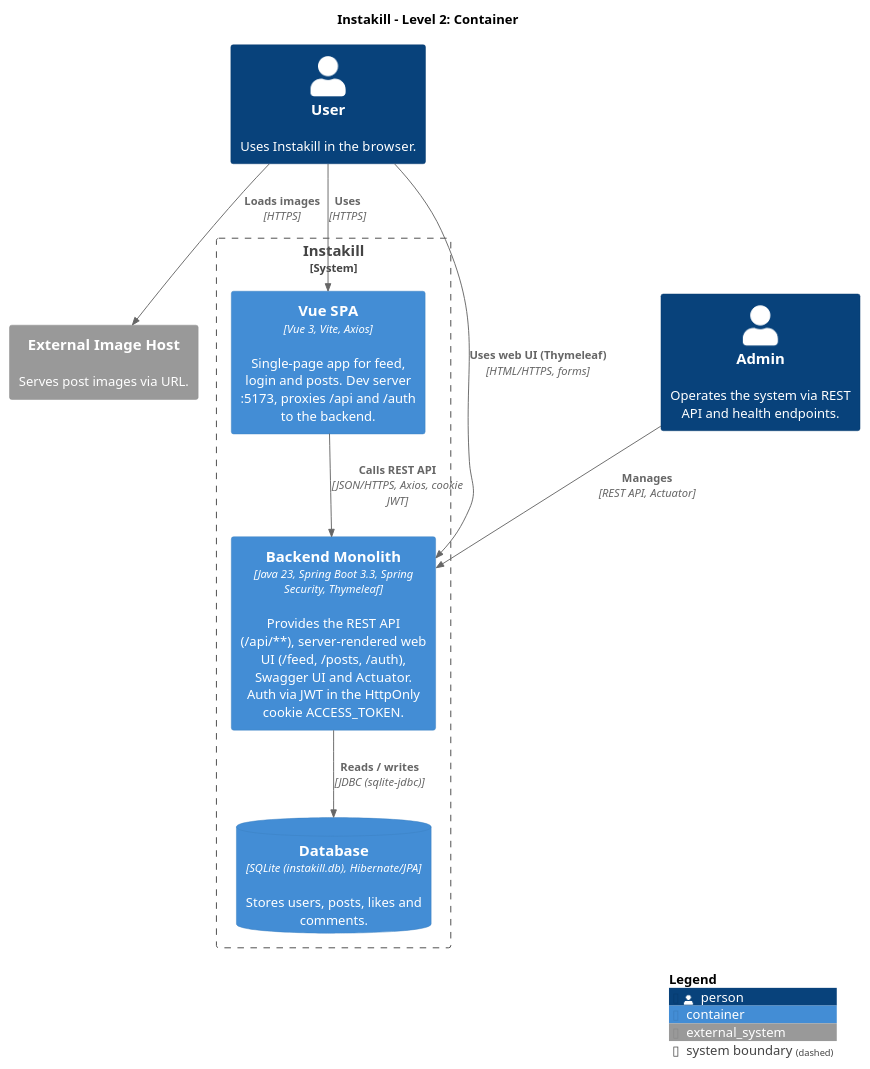
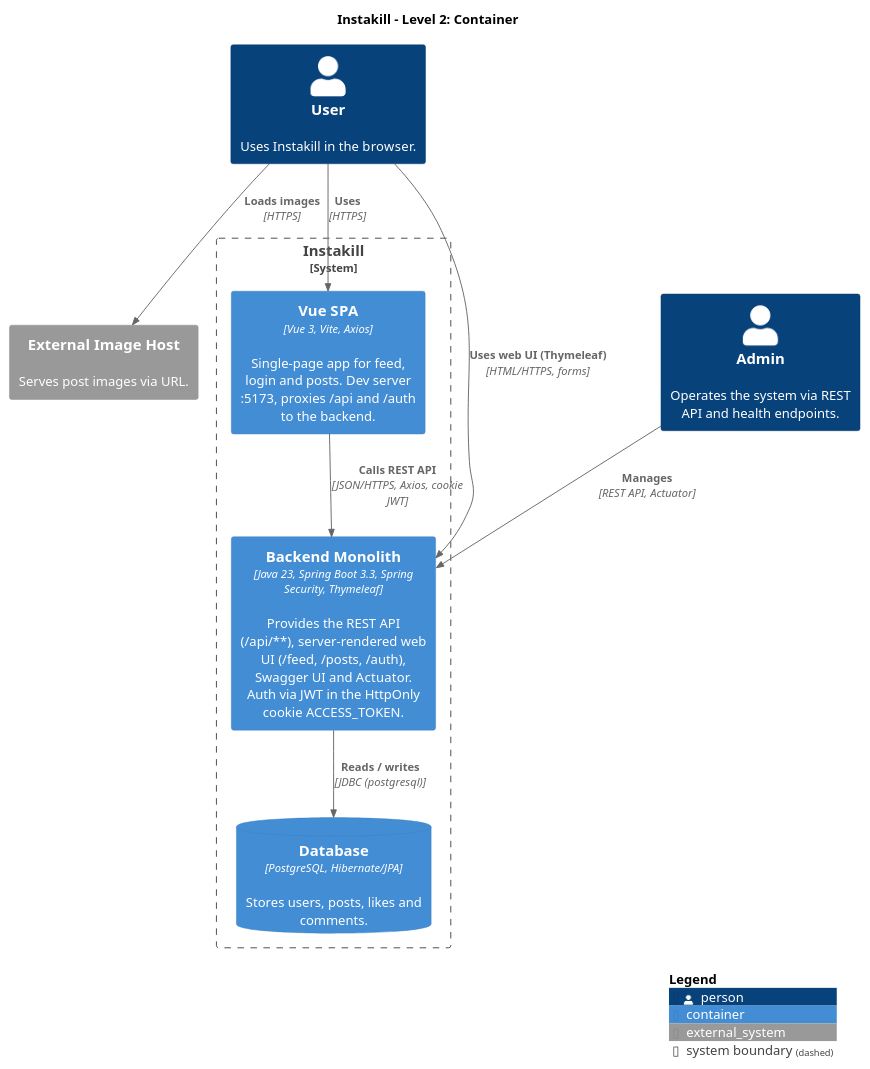
Before and after one commit to NaturHuetti/ulbs-instakill: the diagram in docs/c4/2-container.puml, drawn with PlantUML. The commit also changed 6 other files, not shown here.

First line of the commit message:
Migrate backend from SQLite to PostgreSQL

```diff
--- a/docs/c4/2-container.puml
+++ b/docs/c4/2-container.puml
@@ -1,24 +1,24 @@
 @startuml C4_Level2_Container
 !include <C4/C4_Container>
 
 title Instakill – Level 2: Container
 
 Person(user, "User", "Uses Instakill in the browser.")
 Person(admin, "Admin", "Operates the system via REST API and health endpoints.")
 System_Ext(imageHost, "External Image Host", "Serves post images via URL.")
 
 System_Boundary(instakill, "Instakill") {
     Container(spa, "Vue SPA", "Vue 3, Vite, Axios", "Single-page app for feed, login and posts. Dev server :5173, proxies /api and /auth to the backend.")
     Container(backend, "Backend Monolith", "Java 23, Spring Boot 3.3, Spring Security, Thymeleaf", "Provides the REST API (/api/**), server-rendered web UI (/feed, /posts, /auth), Swagger UI and Actuator. Auth via JWT in the HttpOnly cookie ACCESS_TOKEN.")
-    ContainerDb(db, "Database", "SQLite (instakill.db), Hibernate/JPA", "Stores users, posts, likes and comments.")
+    ContainerDb(db, "Database", "PostgreSQL, Hibernate/JPA", "Stores users, posts, likes and comments.")
 }
 
 Rel(user, spa, "Uses", "HTTPS")
 Rel(user, backend, "Uses web UI (Thymeleaf)", "HTML/HTTPS, forms")
 Rel(admin, backend, "Manages", "REST API, Actuator")
 Rel(spa, backend, "Calls REST API", "JSON/HTTPS, Axios, cookie JWT")
-Rel(backend, db, "Reads / writes", "JDBC (sqlite-jdbc)")
+Rel(backend, db, "Reads / writes", "JDBC (postgresql)")
 Rel(user, imageHost, "Loads images", "HTTPS")
 
 SHOW_LEGEND()
 @enduml
```
